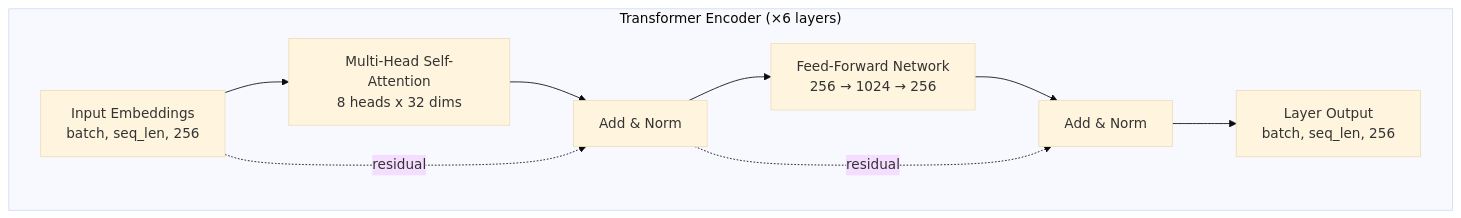
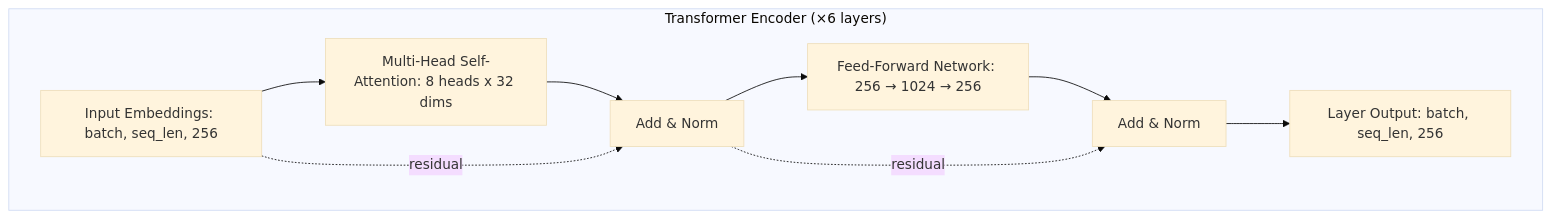
One commit to vimalk78/yaml-bert changed the sixth of 7 diagrams in docs/architecture.md. Above: the diagram before and after it, drawn with Mermaid (base theme). The commit also changed other lines of this file, not shown here.

First line of the commit message:
docs: comprehensive architecture documentation with worked example

````diff
--- a/docs/architecture.md
+++ b/docs/architecture.md
@@ -255,19 +255,19 @@
 ```mermaid
 graph TD
     subgraph "Transformer Encoder (×6 layers)"
-        IN["Input Embeddings\nbatch, seq_len, 256"]
-        SA["Multi-Head Self-Attention\n8 heads x 32 dims"]
+        IN["Input Embeddings: batch, seq_len, 256"]
+        SA["Multi-Head Self-Attention: 8 heads x 32 dims"]
         ADD1["Add & Norm"]
-        FF["Feed-Forward Network\n256 → 1024 → 256"]
+        FF["Feed-Forward Network: 256 → 1024 → 256"]
         ADD2["Add & Norm"]
-        OUT["Layer Output\nbatch, seq_len, 256"]
+        OUT["Layer Output: batch, seq_len, 256"]
 
         IN --> SA
         SA --> ADD1
         IN -.->|"residual"| ADD1
         ADD1 --> FF
         FF --> ADD2
         ADD1 -.->|"residual"| ADD2
         ADD2 --> OUT
     end
 ```
````
